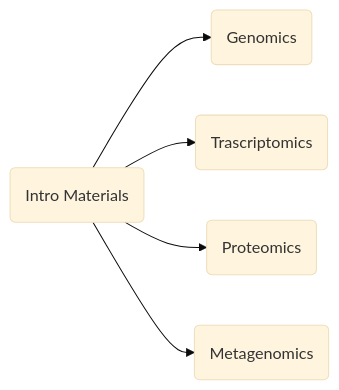
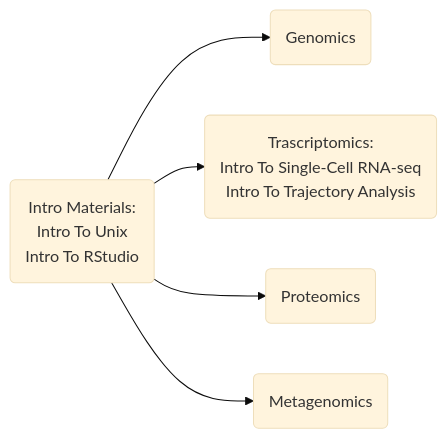
One commit to best-tufts/bioinformatics_workshops changed the diagram in docs/index.md. Above: the diagram before and after it, drawn with Mermaid (base theme).

````diff
--- a/docs/index.md
+++ b/docs/index.md
@@ -4,7 +4,7 @@
 ``` mermaid
 graph LR
-  A(Intro Materials) --> B(Genomics);
-  A -->C(Trascriptomics);
+  A(Intro Materials:  <br />Intro To Unix <br />Intro To RStudio) --> B(Genomics);
+  A -->C(Trascriptomics: <br />Intro To Single-Cell RNA-seq <br />Intro To Trajectory Analysis);
   A -->D(Proteomics);
   A -->E(Metagenomics);
 ```
````
